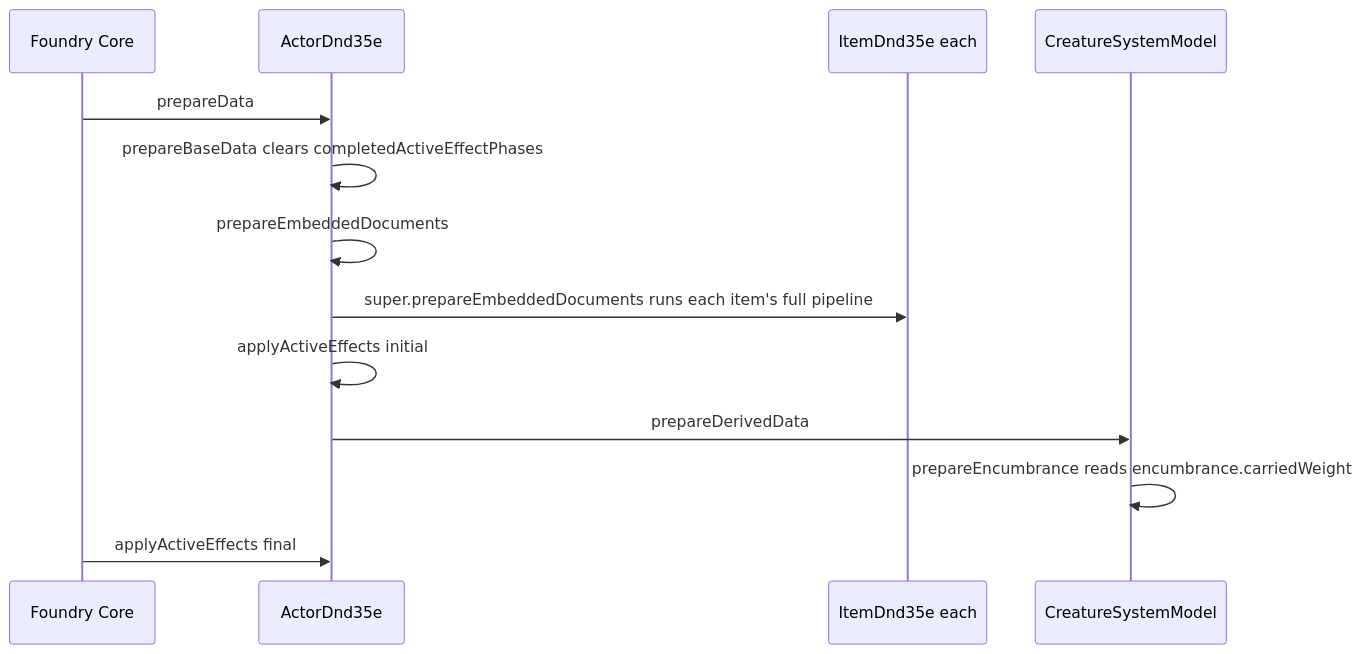
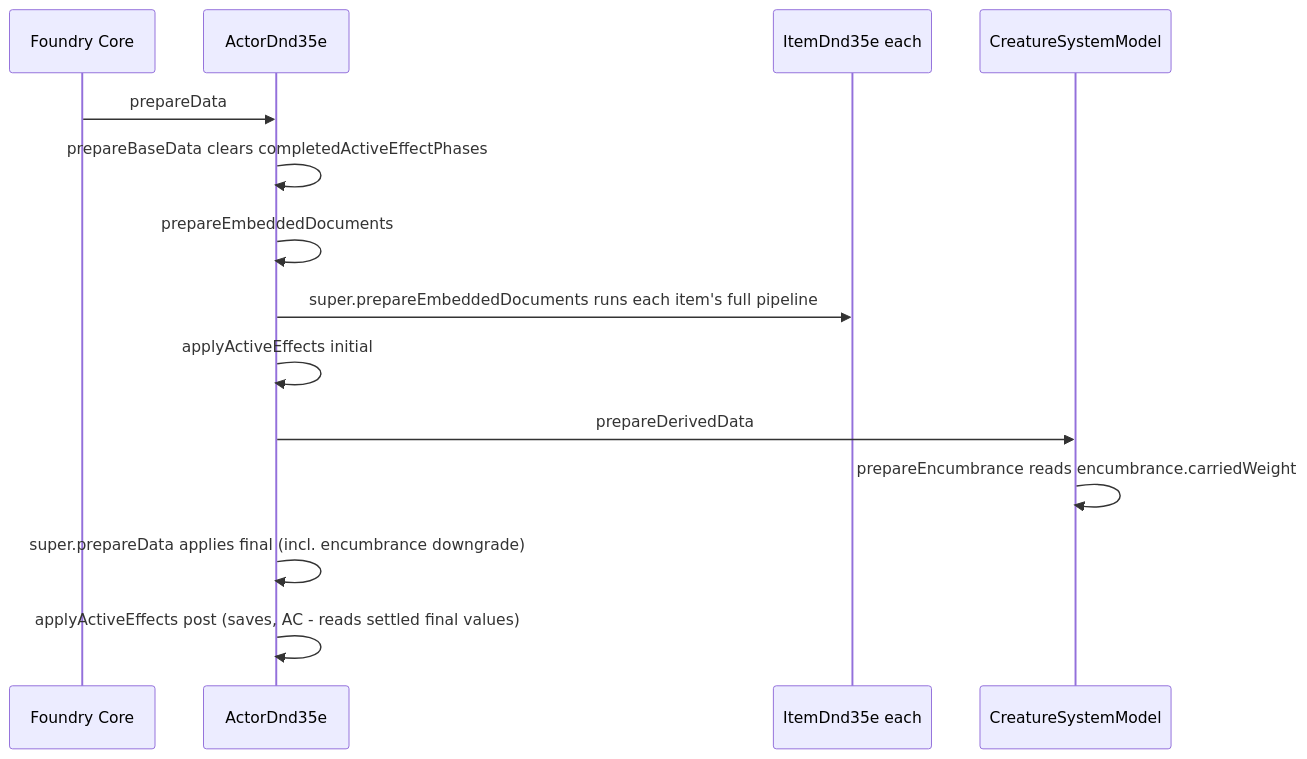
One commit to Chapel-Studios/DnD35e changed the second of 2 diagrams in docs/architecture/actor-data-pipeline.md. Above: the diagram before and after it, drawn with Mermaid. The commit also changed other lines of this file and 120 other files, not shown here.

````diff
--- a/docs/architecture/actor-data-pipeline.md
+++ b/docs/architecture/actor-data-pipeline.md
@@ -97,16 +109,17 @@
 ```mermaid
 sequenceDiagram
     participant FVTT as Foundry Core
     participant ActorDoc as ActorDnd35e
     participant Items as ItemDnd35e each
     participant SysModel as CreatureSystemModel
 
     FVTT->>ActorDoc: prepareData
     ActorDoc->>ActorDoc: prepareBaseData clears completedActiveEffectPhases
     ActorDoc->>ActorDoc: prepareEmbeddedDocuments
     ActorDoc->>Items: super.prepareEmbeddedDocuments runs each item's full pipeline
     ActorDoc->>ActorDoc: applyActiveEffects initial
     ActorDoc->>SysModel: prepareDerivedData
     SysModel->>SysModel: prepareEncumbrance reads encumbrance.carriedWeight
-    FVTT->>ActorDoc: applyActiveEffects final
+    ActorDoc->>ActorDoc: super.prepareData applies final (incl. encumbrance downgrade)
+    ActorDoc->>ActorDoc: applyActiveEffects post (saves, AC - reads settled final values)
 ```
````
